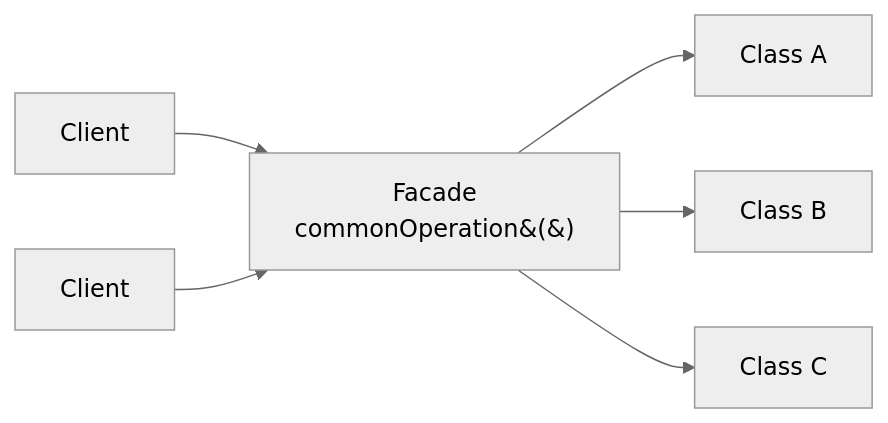
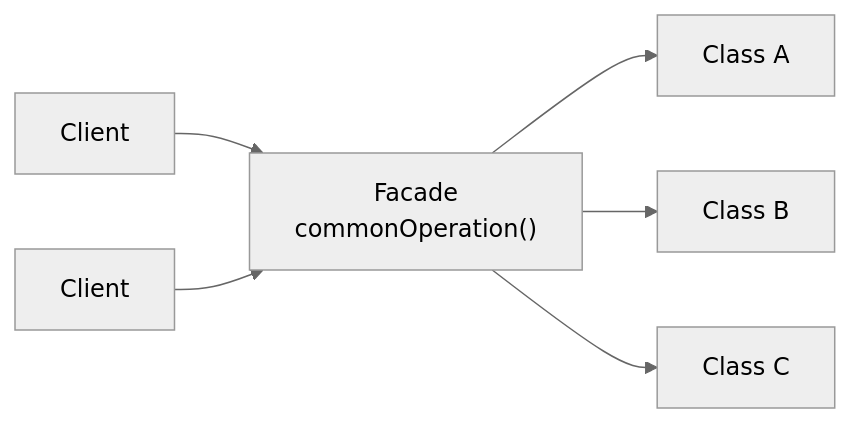
One commit to oadcavalcante/software-architecture-mastery changed the diagram in i18n/en-US/docusaurus-plugin-content-docs/current/03-design-patterns/facade.md. Above: the diagram before and after it, drawn with Mermaid (neutral theme). The commit also changed 27 other files, not shown here.

First line of the commit message:
diagramas: parenteses renderizando como &(&) e largura ilegivel no telefone

````diff
--- a/i18n/en-US/docusaurus-plugin-content-docs/current/03-design-patterns/facade.md
+++ b/i18n/en-US/docusaurus-plugin-content-docs/current/03-design-patterns/facade.md
@@ -45,5 +45,5 @@
 ```mermaid
 graph LR
-  C1[Client] & C2[Client] --> F[Facade<br/>commonOperation&#40;&#41;]
+  C1[Client] & C2[Client] --> F["Facade<br/>commonOperation()"]
   F --> A[Class A] & B[Class B] & D[Class C]
 ```
````
